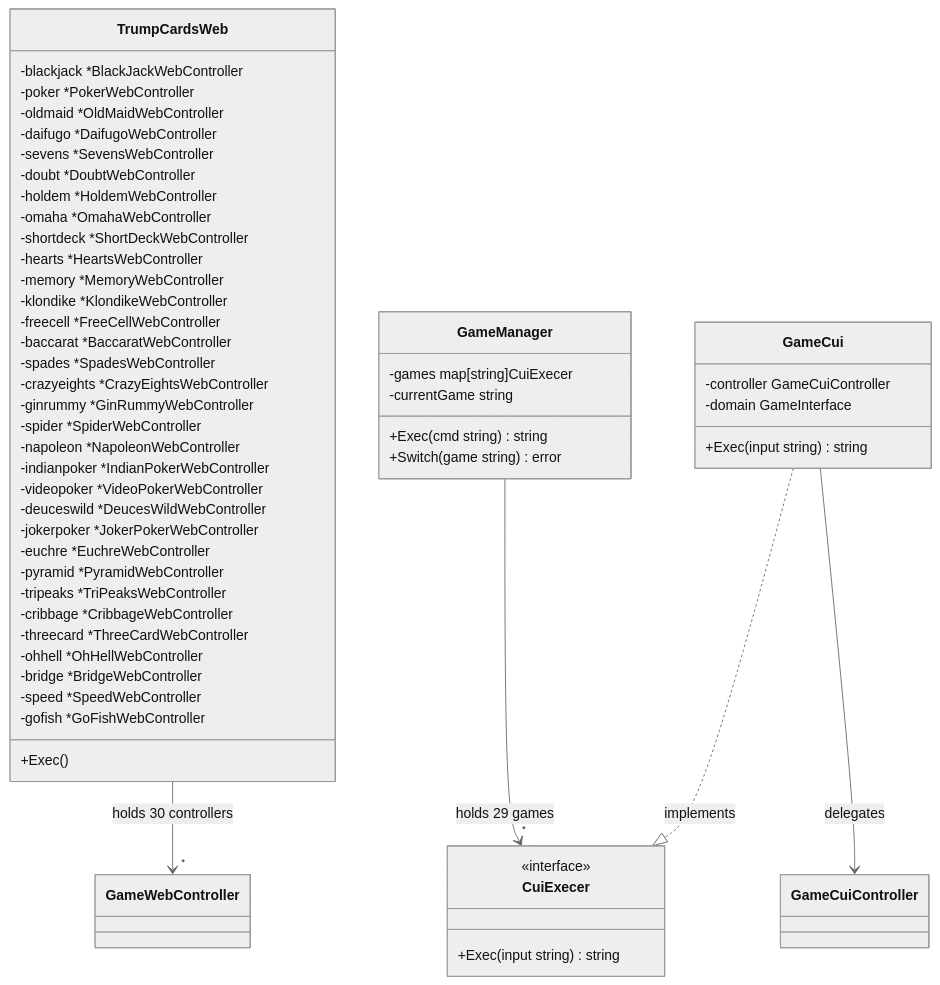
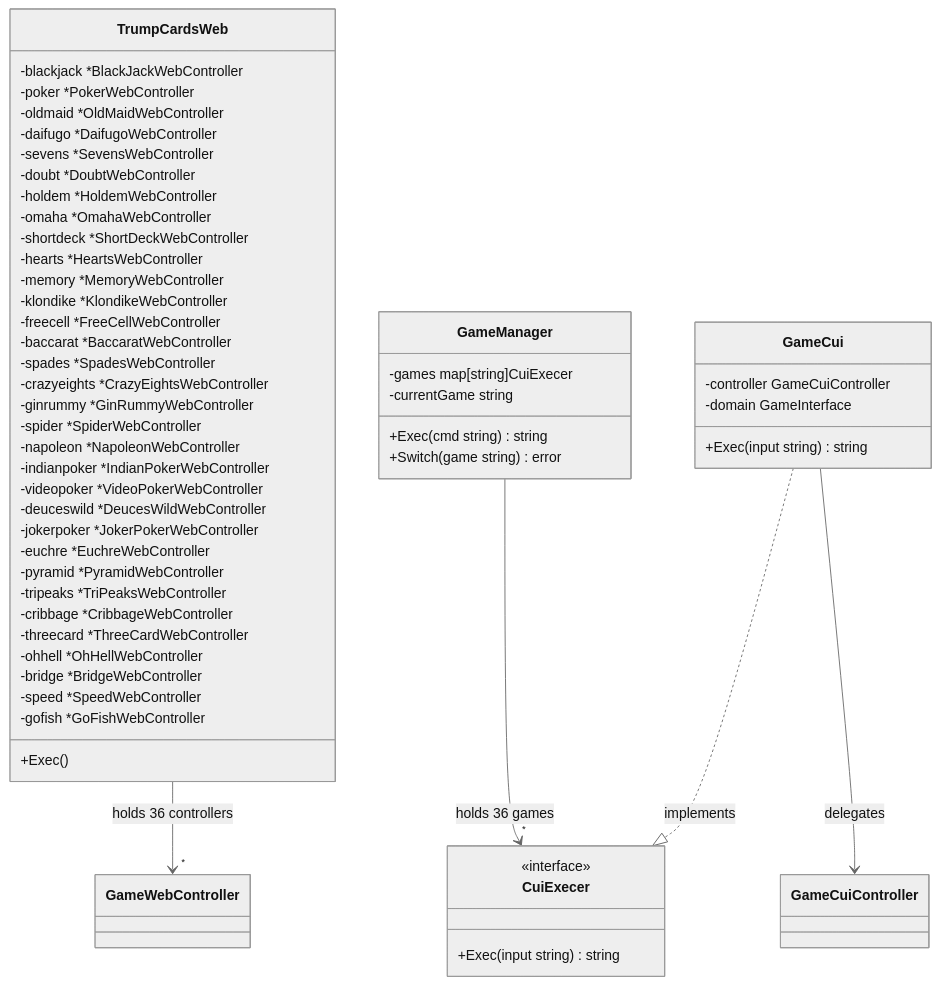
Diagram 11 of 45 in docs/design/backend.md (yuta-yoshinaga/go_trumpcards), drawn with Mermaid (neutral theme) before and after one commit. The commit also changed 3 other files, not shown here.

````diff
--- a/docs/design/backend.md
+++ b/docs/design/backend.md
@@ -1111,61 +1111,61 @@
 ```mermaid
 classDiagram
     class TrumpCardsWeb {
         -blackjack *BlackJackWebController
         -poker *PokerWebController
         -oldmaid *OldMaidWebController
         -daifugo *DaifugoWebController
         -sevens *SevensWebController
         -doubt *DoubtWebController
         -holdem *HoldemWebController
         -omaha *OmahaWebController
         -shortdeck *ShortDeckWebController
         -hearts *HeartsWebController
         -memory *MemoryWebController
         -klondike *KlondikeWebController
         -freecell *FreeCellWebController
         -baccarat *BaccaratWebController
         -spades *SpadesWebController
         -crazyeights *CrazyEightsWebController
         -ginrummy *GinRummyWebController
         -spider *SpiderWebController
         -napoleon *NapoleonWebController
         -indianpoker *IndianPokerWebController
         -videopoker *VideoPokerWebController
         -deuceswild *DeucesWildWebController
         -jokerpoker *JokerPokerWebController
         -euchre *EuchreWebController
         -pyramid *PyramidWebController
         -tripeaks *TriPeaksWebController
         -cribbage *CribbageWebController
         -threecard *ThreeCardWebController
         -ohhell *OhHellWebController
         -bridge *BridgeWebController
         -speed *SpeedWebController
         -gofish *GoFishWebController
         +Exec()
     }
 
     class GameManager {
         -games map[string]CuiExecer
         -currentGame string
         +Exec(cmd string) string
         +Switch(game string) error
     }
 
     class CuiExecer {
         <<interface>>
         +Exec(input string) string
     }
 
     class GameCui {
         -controller GameCuiController
         -domain GameInterface
         +Exec(input string) string
     }
 
-    TrumpCardsWeb --> "*" GameWebController : holds 30 controllers
-    GameManager --> "*" CuiExecer : holds 29 games
+    TrumpCardsWeb --> "*" GameWebController : holds 36 controllers
+    GameManager --> "*" CuiExecer : holds 36 games
     GameCui ..|> CuiExecer : implements
     GameCui --> GameCuiController : delegates
 ```
````
